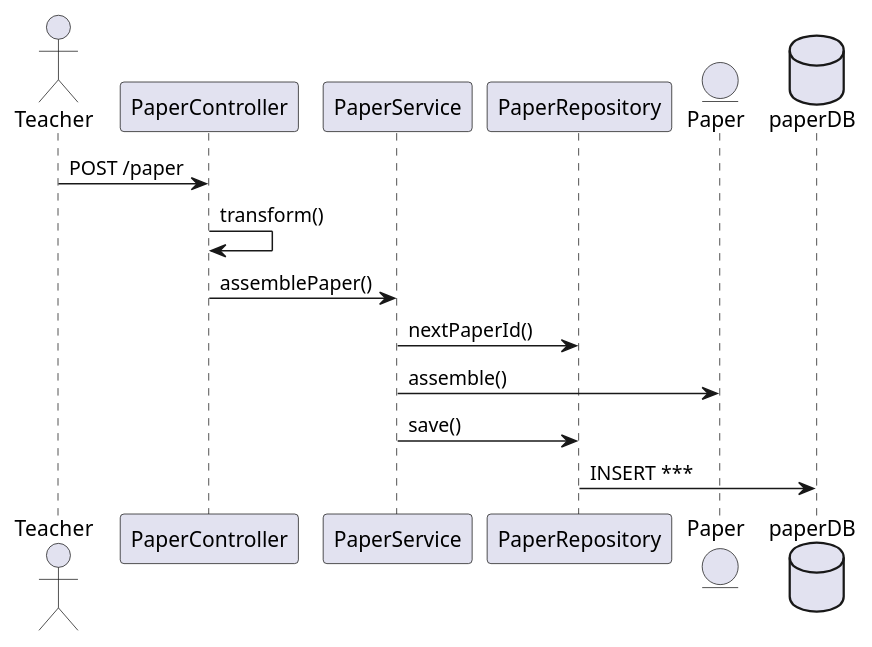
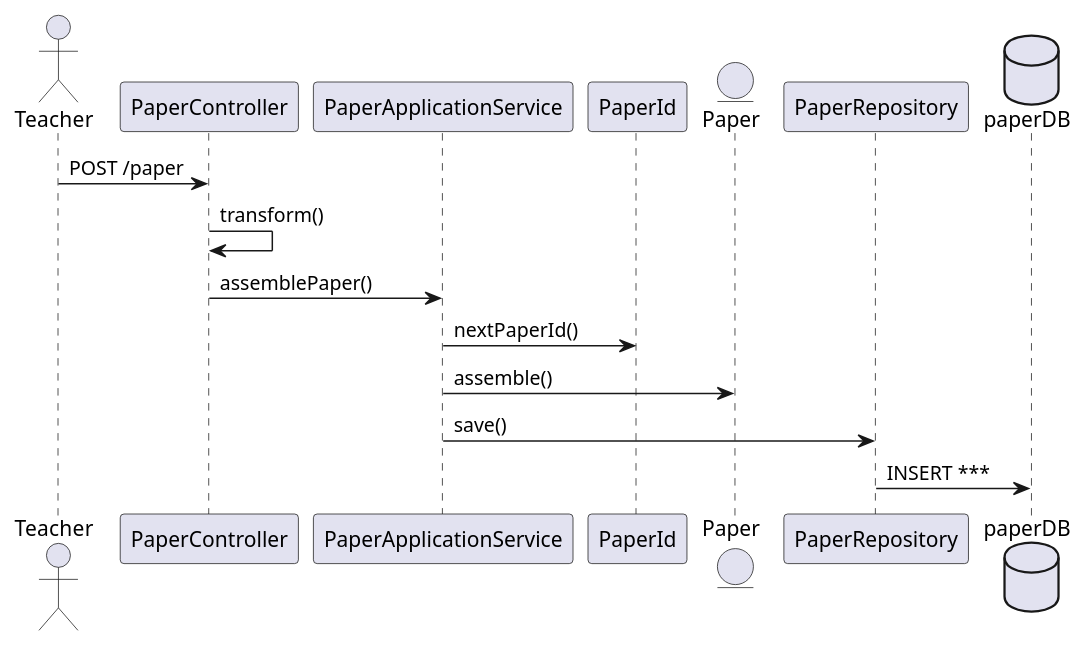
The diagram in design/paper-seq-assemble.puml (DDD-Bootcamp/exam-plantform), drawn with PlantUML before and after one commit. The commit also changed 2 other files, not shown here.

Commit message:
use PaperApplicationService instead of PaperService in seq and cqrs puml

```diff
--- a/design/paper-seq-assemble.puml
+++ b/design/paper-seq-assemble.puml
@@ -1,13 +1,14 @@
 @startuml
 actor Teacher
 Teacher -> PaperController : POST /paper
 PaperController -> PaperController: transform()
-PaperController -> PaperService : assemblePaper()
-PaperService -> PaperRepository: nextPaperId()
+PaperController -> PaperApplicationService : assemblePaper()
+PaperApplicationService -> PaperId: nextPaperId()
 entity Paper
-PaperService -> Paper : assemble()
-PaperService -> PaperRepository: save()
+PaperApplicationService -> Paper : assemble()
+PaperApplicationService -> PaperRepository: save()
+
 database paperDB
 PaperRepository -> paperDB: INSERT ***
 
 @enduml
```
